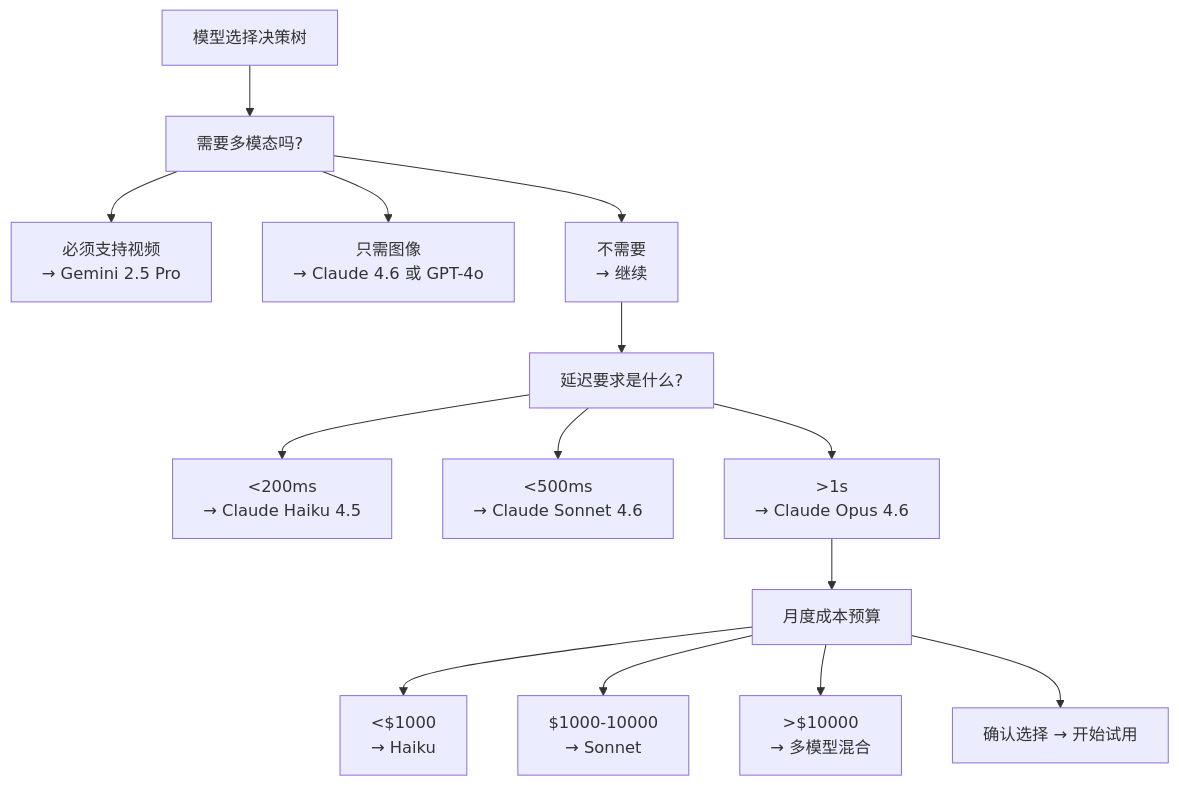
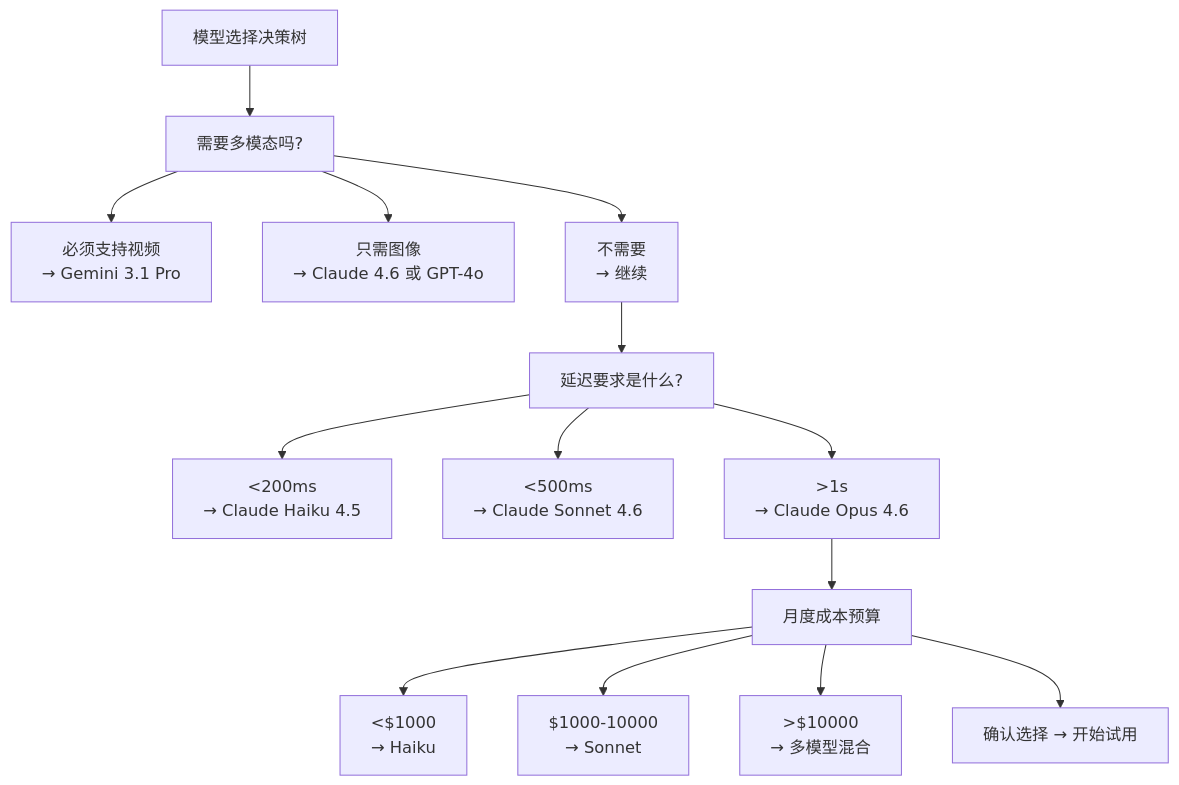
Before and after one commit to yeasy/claude_guide: the first of 3 diagrams in 12_appendix/12.6_model_comparison.md, drawn with Mermaid. The commit also changed other lines of this file, not shown here.

Commit message:
Update Gemini model versions in comparison

````diff
--- a/12_appendix/12.6_model_comparison.md
+++ b/12_appendix/12.6_model_comparison.md
@@ -536,34 +537,34 @@
 ```mermaid
 graph TD
     A["模型选择决策树"]
     B["需要多模态吗?"]
-    B1["必须支持视频<br/>→ Gemini 2.5 Pro"]
+    B1["必须支持视频<br/>→ Gemini 3.1 Pro"]
     B2["只需图像<br/>→ Claude 4.6 或 GPT-4o"]
     B3["不需要<br/>→ 继续"]
 
     C["延迟要求是什么?"]
     C1["<200ms<br/>→ Claude Haiku 4.5"]
     C2["<500ms<br/>→ Claude Sonnet 4.6"]
     C3[">1s<br/>→ Claude Opus 4.6"]
 
     D["月度成本预算"]
     D1["<$1000<br/>→ Haiku"]
     D2["$1000-10000<br/>→ Sonnet"]
     D3[">$10000<br/>→ 多模型混合"]
 
     E["确认选择 → 开始试用"]
 
     A --> B
     B --> B1
     B --> B2
     B --> B3
     B3 --> C
     C --> C1
     C --> C2
     C --> C3
     C3 --> D
     D --> D1
     D --> D2
     D --> D3
     D --> E
 ```
````
